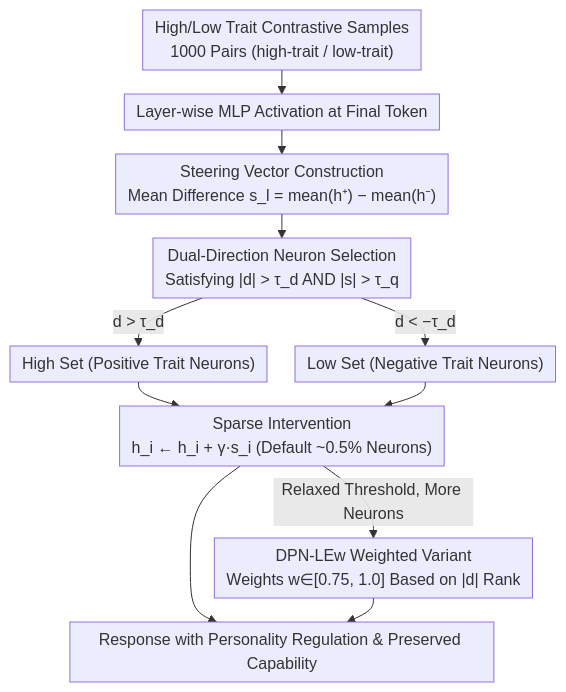
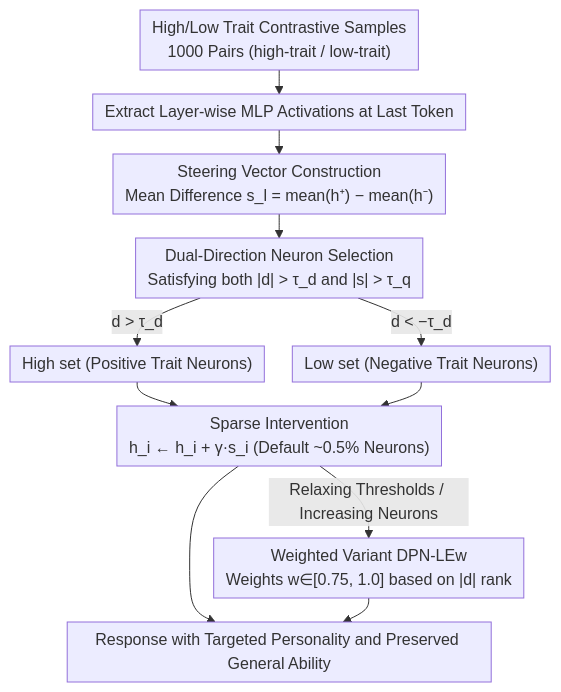
One commit to zhaoyang97/Paper-Notes-en changed the diagram in docs/ACL2026/interpretability/dpn-le_dual_personality_neuron_localization_and_editing_for_large_language_model.md. Above: the diagram before and after it, drawn with Mermaid. The commit also changed other lines of this file and 5084 other files, not shown here.

````diff
--- a/docs/ACL2026/interpretability/dpn-le_dual_personality_neuron_localization_and_editing_for_large_language_model.md
+++ b/docs/ACL2026/interpretability/dpn-le_dual_personality_neuron_localization_and_editing_for_large_language_model.md
@@ -43,14 +43,14 @@
 ```mermaid
 %%{init: {'flowchart': {'rankSpacing': 24, 'nodeSpacing': 28, 'padding': 6, 'wrappingWidth': 400}}}%%
 flowchart TD
-    A["High/Low Trait Contrastive Samples<br/>1000 Pairs (high-trait / low-trait)"] --> B["Layer-wise MLP Activation at Final Token"]
+    A["High/Low Trait Contrastive Samples<br/>1000 Pairs (high-trait / low-trait)"] --> B["Extract Layer-wise MLP Activations at Last Token"]
     B --> C["Steering Vector Construction<br/>Mean Difference s_l = mean(h⁺) − mean(h⁻)"]
-    C --> D["Dual-Direction Neuron Selection<br/>Satisfying |d| > τ_d AND |s| > τ_q"]
-    D -->|"d > τ_d"| E["High Set (Positive Trait Neurons)"]
-    D -->|"d < −τ_d"| F["Low Set (Negative Trait Neurons)"]
+    C --> D["Dual-Direction Neuron Selection<br/>Satisfying both |d| > τ_d and |s| > τ_q"]
+    D -->|"d > τ_d"| E["High set (Positive Trait Neurons)"]
+    D -->|"d < −τ_d"| F["Low set (Negative Trait Neurons)"]
     E --> G["Sparse Intervention<br/>h_i ← h_i + γ·s_i (Default ~0.5% Neurons)"]
     F --> G
-    G -->|"Relaxed Threshold, More Neurons"| H["DPN-LEw Weighted Variant<br/>Weights w∈[0.75, 1.0] Based on |d| Rank"]
-    G --> I["Response with Personality Regulation & Preserved Capability"]
+    G -->|"Relaxing Thresholds / Increasing Neurons"| H["Weighted Variant DPN-LEw<br/>Weights w∈[0.75, 1.0] based on |d| rank"]
+    G --> I["Response with Targeted Personality and Preserved General Ability"]
     H --> I
 ```
````
